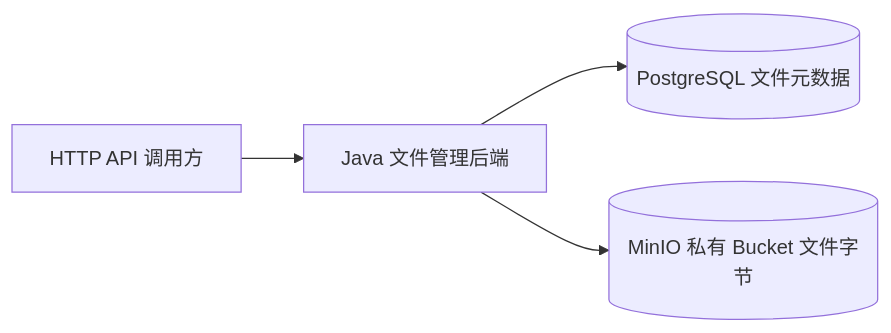
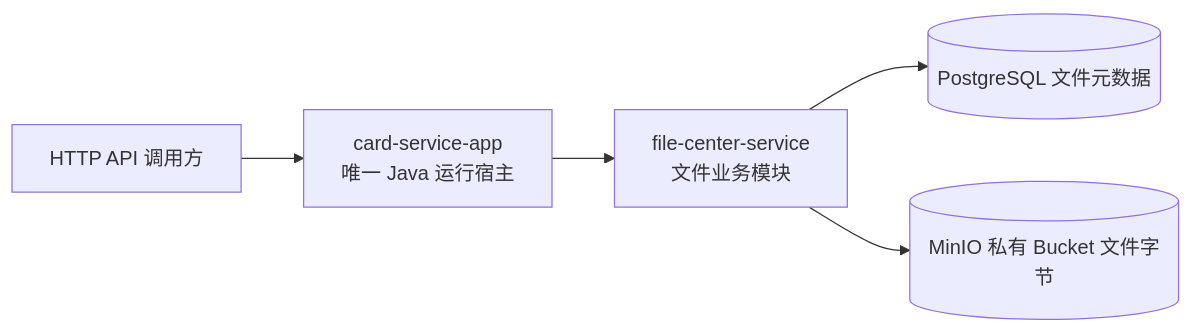
The first of 2 diagrams in docs/V0.1.0/srs/SRS-001-文件管理系统需求规格.md (crudboy008/file-center-service), drawn with Mermaid before and after one commit. The commit also changed other lines of this file and 8 other files, not shown here.

````diff
--- a/docs/V0.1.0/srs/SRS-001-文件管理系统需求规格.md
+++ b/docs/V0.1.0/srs/SRS-001-文件管理系统需求规格.md
@@ -93,6 +95,7 @@
 ```mermaid
 flowchart LR
-    C[HTTP API 调用方] --> J[Java 文件管理后端]
+    C[HTTP API 调用方] --> A[card-service-app<br/>唯一 Java 运行宿主]
+    A --> J[file-center-service<br/>文件业务模块]
     J --> P[(PostgreSQL 文件元数据)]
     J --> M[(MinIO 私有 Bucket 文件字节)]
 ```
````
